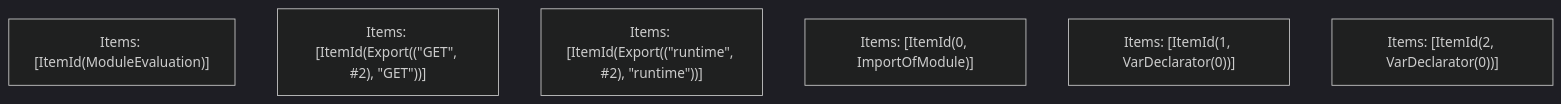
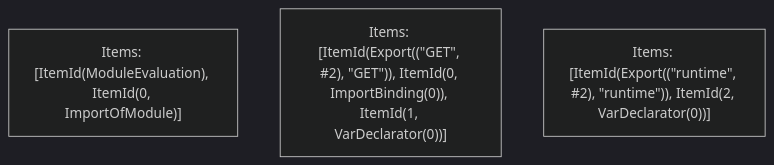
The fifth of 5 diagrams in turbopack/crates/turbopack-ecmascript/tests/tree-shaker/analyzer/route-handler/output.md (Sonar-UX-Testing-FreePlan/next.js), drawn with Mermaid (dark theme) before and after one commit. The commit also changed other lines of this file and 38 other files, not shown here.

````diff
--- a/turbopack/crates/turbopack-ecmascript/tests/tree-shaker/analyzer/route-handler/output.md
+++ b/turbopack/crates/turbopack-ecmascript/tests/tree-shaker/analyzer/route-handler/output.md
@@ -117,9 +117,6 @@
 ```mermaid
 graph TD
-    N0["Items: [ItemId(ModuleEvaluation)]"];
-    N1["Items: [ItemId(Export((&quot;GET&quot;, #2), &quot;GET&quot;))]"];
-    N2["Items: [ItemId(Export((&quot;runtime&quot;, #2), &quot;runtime&quot;))]"];
-    N3["Items: [ItemId(0, ImportOfModule)]"];
-    N4["Items: [ItemId(1, VarDeclarator(0))]"];
-    N5["Items: [ItemId(2, VarDeclarator(0))]"];
+    N0["Items: [ItemId(ModuleEvaluation), ItemId(0, ImportOfModule)]"];
+    N1["Items: [ItemId(Export((&quot;GET&quot;, #2), &quot;GET&quot;)), ItemId(0, ImportBinding(0)), ItemId(1, VarDeclarator(0))]"];
+    N2["Items: [ItemId(Export((&quot;runtime&quot;, #2), &quot;runtime&quot;)), ItemId(2, VarDeclarator(0))]"];
 ```
````
